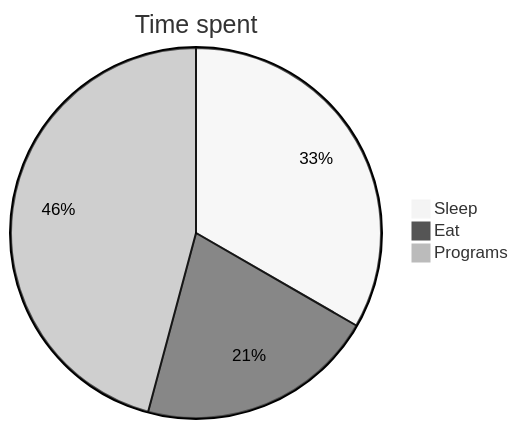
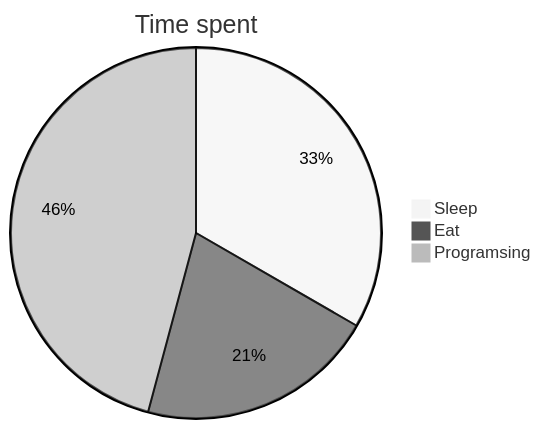
The second of 2 diagrams in README.md (Eppepa03/Eppepa03), drawn with Mermaid (neutral theme) before and after one commit.

````diff
--- a/README.md
+++ b/README.md
@@ -21,6 +21,6 @@
 ```mermaid
 pie title Time spent
     "Sleep" : 8
     "Eat" : 5
-    "Programs" : 11
+    "Programsing" : 11
 ```
````
